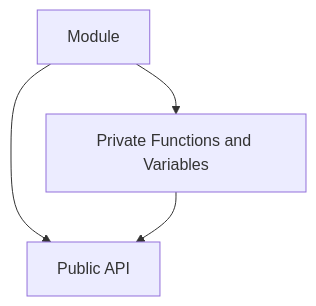
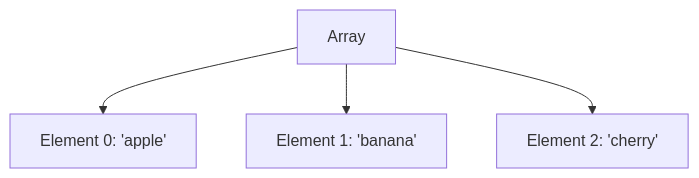
One commit to MasteryEducation/SoftwarePatternsLexicon.com changed the second of 2 diagrams in content/patterns-js/3/1/2/index.md. Above: the diagram before and after it, drawn with Mermaid. The commit also changed other lines of this file and 570 other files, not shown here.

````diff
--- a/content/patterns-js/3/1/2/index.md
+++ b/content/patterns-js/3/1/2/index.md
@@ -42,6 +191,6 @@
 ```mermaid
 graph TD;
-    A[Module] --> B[Private Functions and Variables];
-    A --> C[Public API];
-    B --> C;
+    A[Array] --> B[Element 0: 'apple'];
+    A --> C[Element 1: 'banana'];
+    A --> D[Element 2: 'cherry'];
 ```
````
